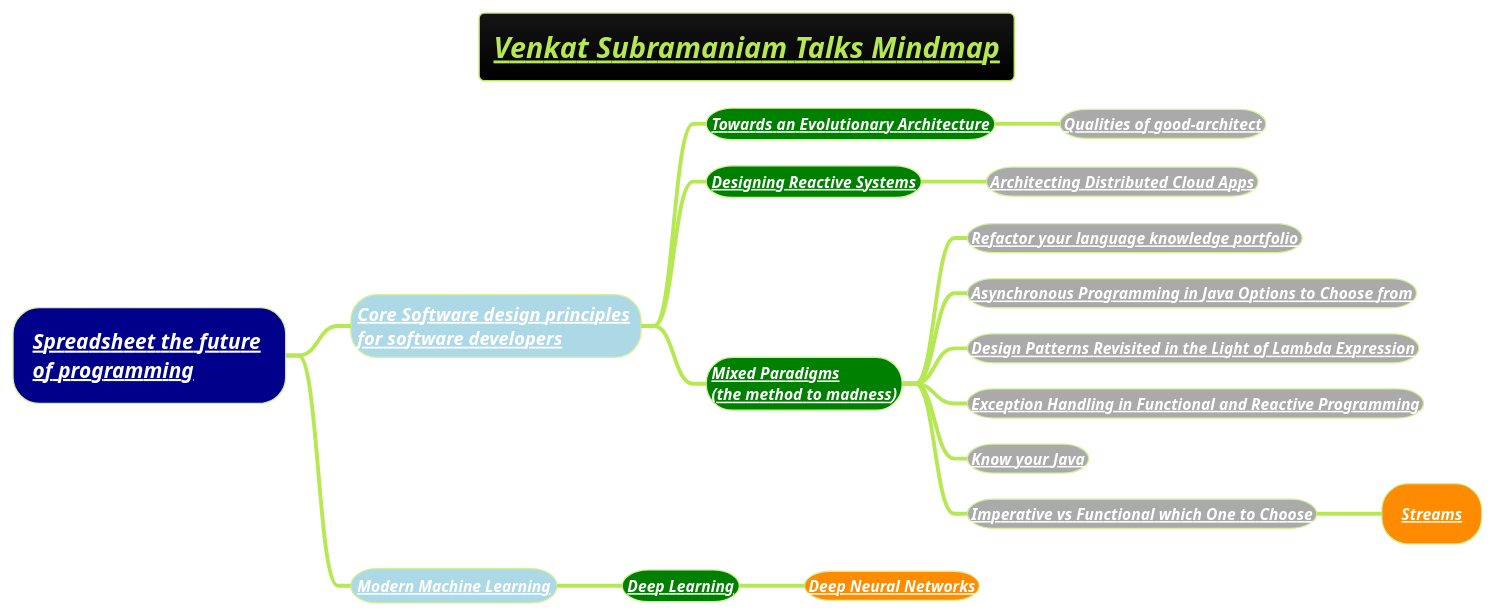
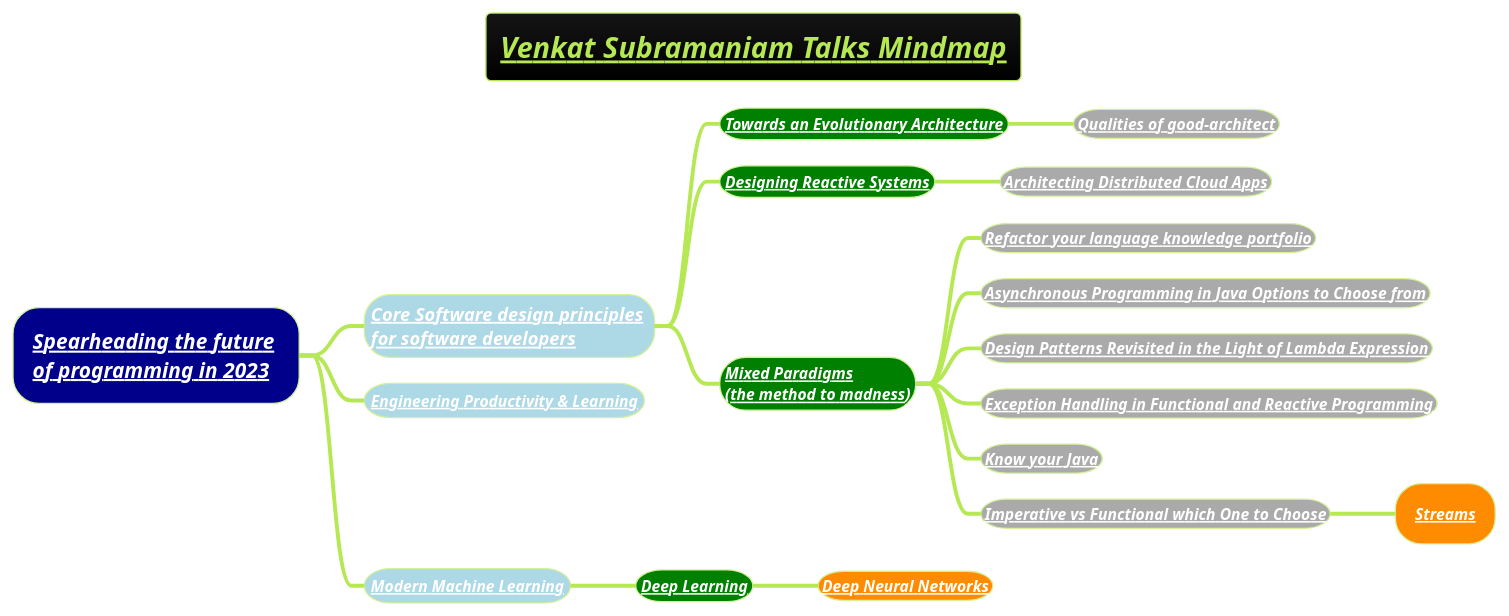
One commit to MehmoodHashmi/Documentation-as-Code-DaC changed the diagram in docs/3-programming-languages/Venkat-Subramaniam/venkat-talks-mindmap.puml. Above: the diagram before and after it, drawn with PlantUML. The commit also changed 6 other files, not shown here.

```diff
--- a/docs/3-programming-languages/Venkat-Subramaniam/venkat-talks-mindmap.puml
+++ b/docs/3-programming-languages/Venkat-Subramaniam/venkat-talks-mindmap.puml
@@ -1,24 +1,25 @@
 @startmindmap
 title =<i><b><u><size:18>Venkat Subramaniam Talks Mindmap
 !theme hacker
 
 
-*[#darkblue] <i><color #black>[[docs/3-programming-languages/Venkat-Subramaniam/Spearheading-the-future-of-programming-2023.puml Spreadsheet the future]] \n<i><color #black>[[docs/3-programming-languages/Venkat-Subramaniam/Spearheading-the-future-of-programming-2023.puml of programming]]
+*[#darkblue] <i><color #black>[[docs/3-programming-languages/Venkat-Subramaniam/Spearheading-the-future-of-programming-2023.puml Spearheading the future]] \n<i><color #black>[[docs/3-programming-languages/Venkat-Subramaniam/Spearheading-the-future-of-programming-2023.puml of programming in 2023]]
 **[#lightblue] <color:white><i>[[docs/3-programming-languages/Venkat-Subramaniam/Core-Software-design-principles-for-software-developers.puml Core Software design principles]] \n<color:white><i>[[docs/3-programming-languages/Venkat-Subramaniam/Core-Software-design-principles-for-software-developers.puml for software developers ]]
 ***[#green] <b><i><color #black><size:12>[[docs/3-programming-languages/Venkat-Subramaniam/Towards-an-Evolutionary-Architecture.puml Towards an Evolutionary Architecture]]
 ****[#a] <b><i><color #black><size:12>[[docs/3-programming-languages/Venkat-Subramaniam/Qualities-of-good-architect.puml Qualities of good-architect]]
 ***[#green] <b><i><color #black><size:12>[[docs/3-programming-languages/Venkat-Subramaniam/Designing-Reactive-Systems.puml Designing Reactive Systems]]
 ****[#a] <b><i><color #black><size:12>[[docs/3-programming-languages/Venkat-Subramaniam/Architecting-Distributed-Cloud-Apps.puml Architecting Distributed Cloud Apps]]
 ***[#green] <b><i><color #black><size:12>[[docs/3-programming-languages/Venkat-Subramaniam/mixed-paradigms-(the-method-to-madness).puml Mixed Paradigms]] \n<b><i><color #black><size:12>[[docs/3-programming-languages/Venkat-Subramaniam/mixed-paradigms-(the-method-to-madness).puml (the method to madness)]]
 ****[#a] <b><i><color #black><size:12>[[docs/3-programming-languages/Venkat-Subramaniam/Refactor-your-language-knowledge-portfolio-(we-are-what-we-can-code-in).puml Refactor your language knowledge portfolio]]
 ****[#a] <b><i><color #black><size:12>[[docs/3-programming-languages/Venkat-Subramaniam/Asynchronous-Programming-in-Java-Options-to-Choose-from.puml Asynchronous Programming in Java Options to Choose from]]
 ****[#a] <b><i><color #black><size:12>[[docs/3-programming-languages/Venkat-Subramaniam/Design-Patterns-revisited-in-the-Light-of-Lambda-Expression.puml Design Patterns Revisited in the Light of Lambda Expression]]
 ****[#a] <b><i><color #black><size:12>[[docs/3-programming-languages/Venkat-Subramaniam/Exception-Handling-in-Functional-and-Reactive-Programming.puml Exception Handling in Functional and Reactive Programming]]
 ****[#a] <b><i><color #black><size:12>[[docs/3-programming-languages/Venkat-Subramaniam/Know-your-java-venkat.puml Know your Java]]
 ****[#a] <b><i><color #black><size:12>[[docs/3-programming-languages/Venkat-Subramaniam/Imperative-vs-Functional-Which-one-to-Choose.puml Imperative vs Functional which One to Choose]]
 *****[#darkorange] <b><i><color #black><size:12>[[docs/3-programming-languages/Venkat-Subramaniam/Streams.puml Streams]]
+**[#lightblue] <b><i><color #black><size:12>[[docs/3-programming-languages/Venkat-Subramaniam/Engineering-Productivity-and-Learning.puml Engineering Productivity & Learning]]
 **[#lightblue] <b><i><color #black><size:12>[[docs/AI-ML-DL-Data-Science-and-BigData/machine-learning-ML/Modern-Machine-Learning.puml Modern Machine Learning]]
 ***[#green] <b><i><color #black><size:12>[[docs/AI-ML-DL-Data-Science-and-BigData/machine-learning-ML/3-deep-learning-DL/Deep-Learning.puml Deep Learning]]
 ****[#darkorange] <b><i><color #black><size:12>[[docs/AI-ML-DL-Data-Science-and-BigData/machine-learning-ML/3-deep-learning-DL/Neural-Network-Architecture.puml Deep Neural Networks]]
 
 @endmindmap
```
